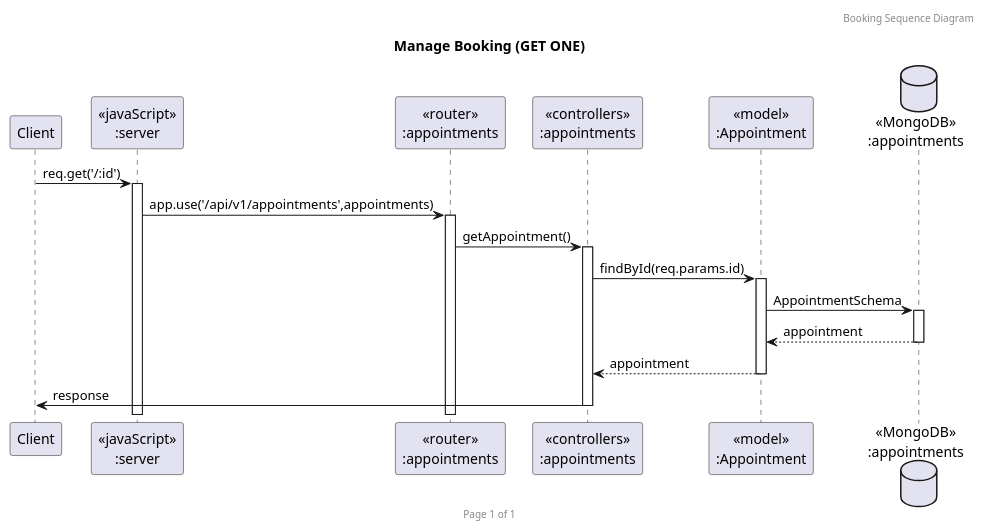
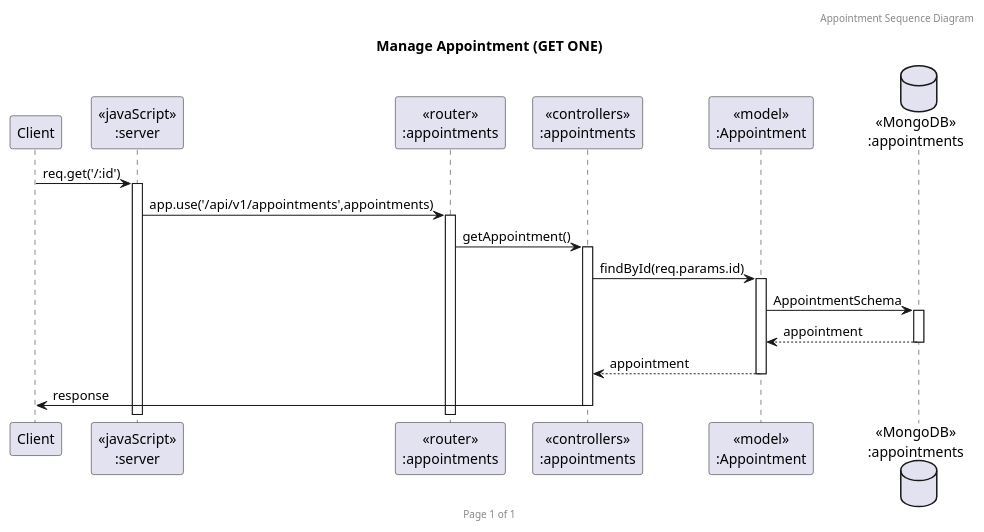
The diagram in SequenceDiagram/apptgetone.puml (2110503TACEDT66/presentation-day-1-privacy), drawn with PlantUML before and after one commit. The commit also changed 10 other files, not shown here.

```diff
--- a/SequenceDiagram/apptgetone.puml
+++ b/SequenceDiagram/apptgetone.puml
@@ -1,23 +1,23 @@
-@startuml Manage Booking (GET ONE)
+@startuml Manage Appointment (GET ONE)
 
-header Booking Sequence Diagram
+header Appointment Sequence Diagram
 footer Page %page% of %lastpage%
-title "Manage Booking (GET ONE)"
+title "Manage Appointment (GET ONE)"
 
 participant "Client" as client
 participant "<<javaScript>>\n:server" as server
 participant "<<router>>\n:appointments" as routerAppointments
 participant "<<controllers>>\n:appointments" as controllersAppointments
 participant "<<model>>\n:Appointment" as modelAppointments
 database "<<MongoDB>>\n:appointments" as AppointmentsDatabase
 
 client->server ++:req.get('/:id')
 server->routerAppointments ++:app.use('/api/v1/appointments',appointments)
 routerAppointments -> controllersAppointments ++:getAppointment()
 controllersAppointments->modelAppointments ++:findById(req.params.id)
 modelAppointments ->AppointmentsDatabase ++:AppointmentSchema
 AppointmentsDatabase --> modelAppointments --:appointment
 controllersAppointments <-- modelAppointments --:appointment
 controllersAppointments->client --:response
 
 @enduml
```
